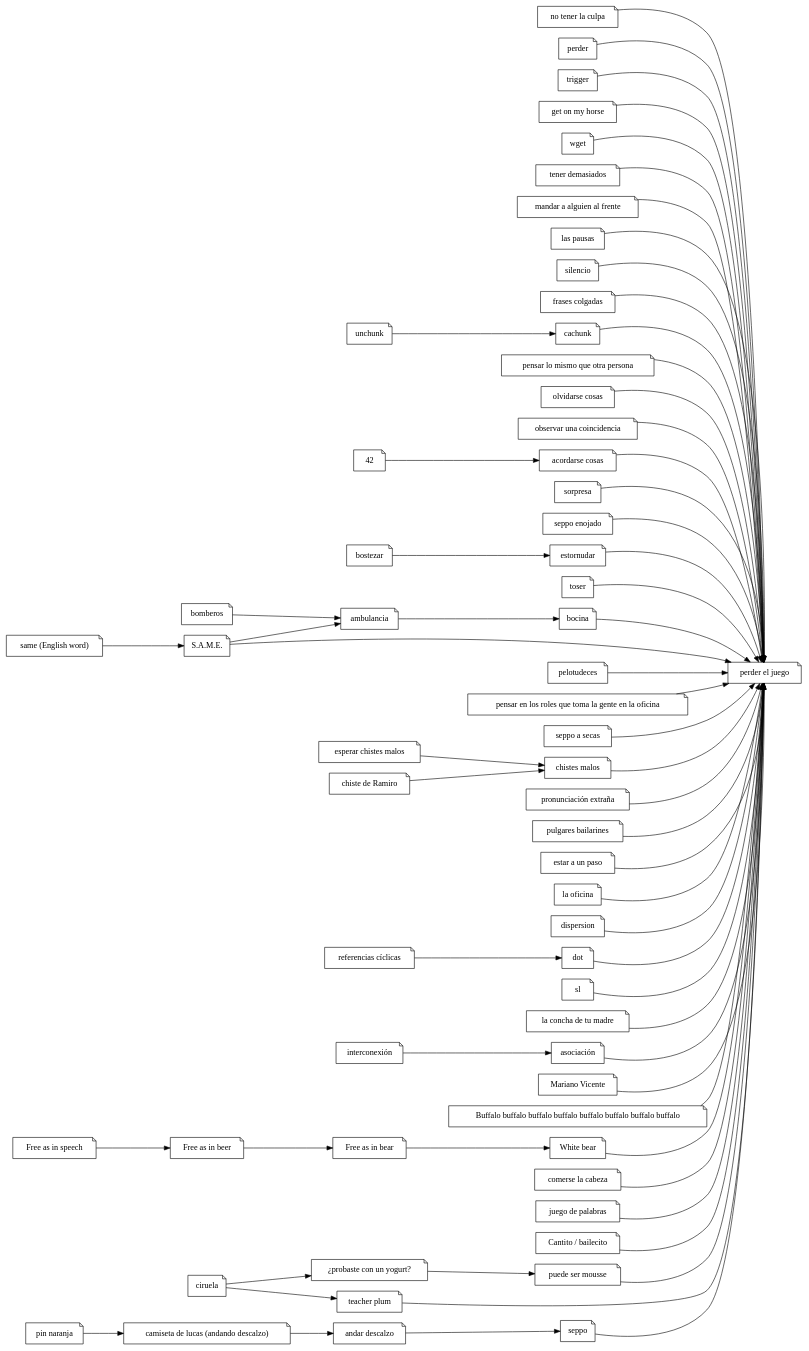
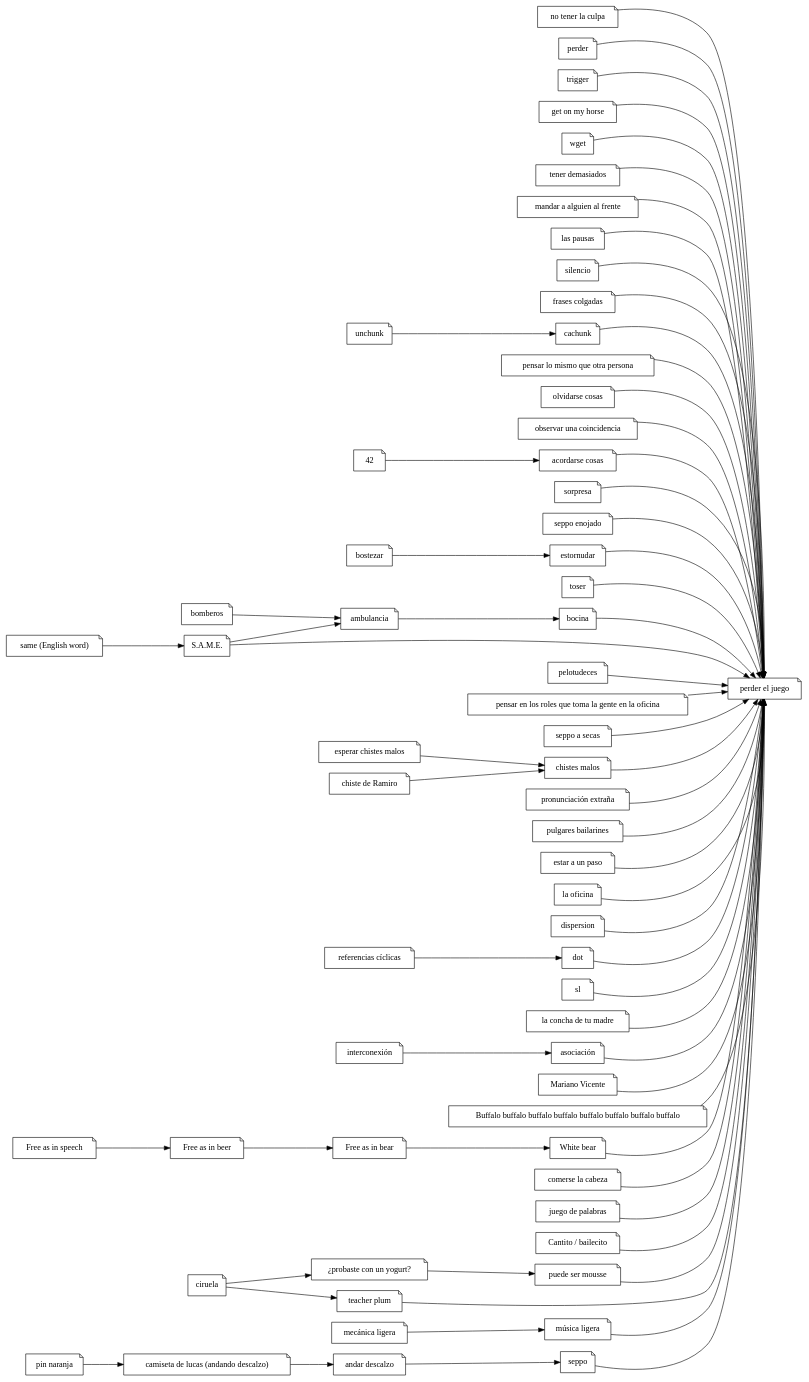
Before and after one commit to ramiror/ilostthegame: the diagram in ilostthegame.dot, drawn with Graphviz. The commit also changed 1 other file, not shown here.

Commit message:
Autoadd: música ligera

```diff
--- a/ilostthegame.dot
+++ b/ilostthegame.dot
@@ -1,121 +1,124 @@
 digraph
 {
     rankdir="LR"
     node [shape="note"]
 
     pej [label="perder el juego"]
     "no tener la culpa"
     "perder"
     "trigger"
     "get on my horse"
     "wget"
     "tener demasiados"
     "mandar a alguien al frente"
     "las pausas"
     "silencio"
     "frases colgadas"
     "cachunk"
     "pensar lo mismo que otra persona"
     "olvidarse cosas"
     "observar una coincidencia"
     "acordarse cosas"
     "sorpresa"
     "seppo enojado"
     "estornudar"
     "toser"
     "bocina"
     "pelotudeces"
     roles [label="pensar en los roles que toma la gente en la oficina"]
     "seppo a secas"
     "bostezar"
     "chistes malos"
     pe [label="pronunciación extraña"]
     "pulgares bailarines"
     "estar a un paso"
     "la oficina"
     "dispersion"
     "ambulancia"
     "esperar chistes malos"
     "chiste de Ramiro"
     "unchunk"
     "andar descalzo"
     "pin naranja"
     dot
     sl
     rc [label="referencias cíclicas"]
     camiseta [label="camiseta de lucas (andando descalzo)"]
     lcdtm [label="la concha de tu madre"]
     bomberos
     int [label="interconexión"]
     asoc [label="asociación"]
     mv [label="Mariano Vicente"]
     buffalo [label="Buffalo buffalo buffalo buffalo buffalo buffalo buffalo buffalo"]
     fais [label="Free as in speech"]
     faib [label="Free as in beer"]
     faibe [label="Free as in bear"]
     wb [label="White bear"]
     comecoco [label="comerse la cabeza"]
     palabras [label="juego de palabras"]
     cantito [label="Cantito / bailecito"]
     same_english [label="same (English word)"]
     same_acronym [label="S.A.M.E."]
     yogurt [label="¿probaste con un yogurt?"]
     mousse [label="puede ser mousse"]
     teacher_plum [label="teacher plum"]
+    meli [label="mecánica ligera"]
+    muli [label="música ligera"]
 
     "perder"                           -> pej
     "no tener la culpa"                -> pej
     "trigger"                          -> pej
     "get on my horse"                  -> pej
     "wget"                             -> pej
     "tener demasiados"                 -> pej
     "mandar a alguien al frente"       -> pej
     "las pausas"                       -> pej
     "silencio"                         -> pej
     "frases colgadas"                  -> pej
     "cachunk"                          -> pej
     "pensar lo mismo que otra persona" -> pej
     "olvidarse cosas"                  -> pej
     "observar una coincidencia"        -> pej
     "acordarse cosas"                  -> pej
     "sorpresa"                         -> pej
     "seppo enojado"                    -> pej
     "estornudar"                       -> pej
     "toser"                            -> pej
     "bocina"                           -> pej
     "pelotudeces"                      -> pej
     roles -> pej
     "seppo a secas"                    -> pej
     "chistes malos"                    -> pej
     pe                                 -> pej
     "pulgares bailarines"              -> pej
     "estar a un paso"                  -> pej
     "la oficina"                       -> pej
     "dispersion"                       -> pej
     "seppo"                            -> pej
     lcdtm                              -> pej
     asoc                               -> pej
     mv                                 -> pej
     dot                                -> pej
     sl                                 -> pej
     buffalo                            -> pej
     comecoco                           -> pej
     palabras                           -> pej
 
     bomberos -> "ambulancia" -> "bocina"
     "esperar chistes malos" -> "chistes malos"
     "chiste de Ramiro" -> "chistes malos"
     "unchunk" -> "cachunk"
     "andar descalzo" -> "seppo"
     "pin naranja" -> camiseta -> "andar descalzo"
     int -> asoc
     "bostezar" -> estornudar
     42 -> "acordarse cosas"
     rc -> dot
     fais -> faib -> faibe -> wb        -> pej
     cantito                            -> pej
     same_english -> same_acronym       -> pej
     same_acronym -> ambulancia
     ciruela -> yogurt -> mousse        -> pej
     ciruela -> teacher_plum            -> pej
+    meli -> muli                       -> pej
 }
```
